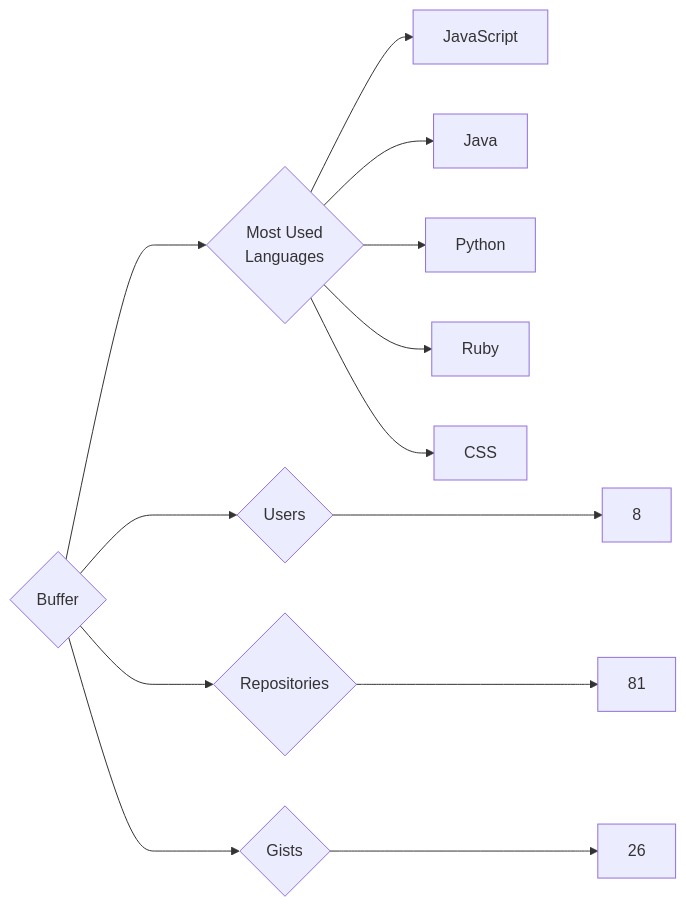
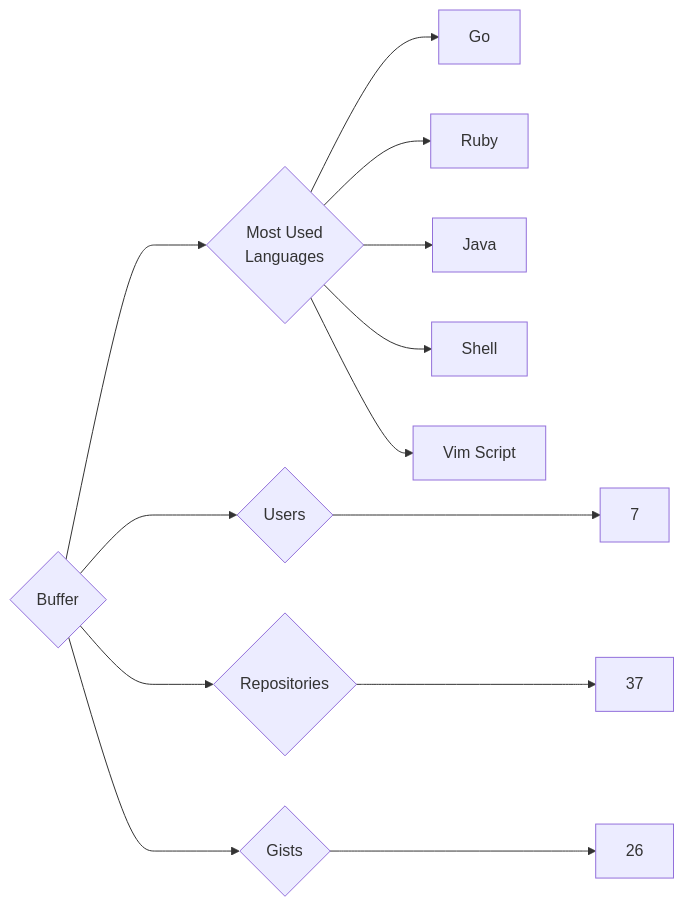
Before and after one commit to trickest/insiders: the diagram in targets/Buffer/README.md, drawn with Mermaid. The commit also changed 880 other files, not shown here.

````diff
--- a/targets/Buffer/README.md
+++ b/targets/Buffer/README.md
@@ -3,13 +3,13 @@
 ```mermaid
 graph LR
 COMPANY_NAME{Buffer}
-COMPANY_NAME ---> U{Users} ---> UN[8]
-COMPANY_NAME ---> R{Repositories} ---> RN[81]
+COMPANY_NAME ---> U{Users} ---> UN[7]
+COMPANY_NAME ---> R{Repositories} ---> RN[37]
 COMPANY_NAME ---> G{Gists} ---> GN[26]
 COMPANY_NAME ---> ML{Most Used<br>Languages}
-ML --> JavaScript[JavaScript]
+ML --> Go[Go]
+ML --> Ruby[Ruby]
 ML --> Java[Java]
-ML --> Python[Python]
-ML --> Ruby[Ruby]
-ML --> CSS[CSS]
+ML --> Shell[Shell]
+ML --> Vim_Script[Vim Script]
 ```
````
